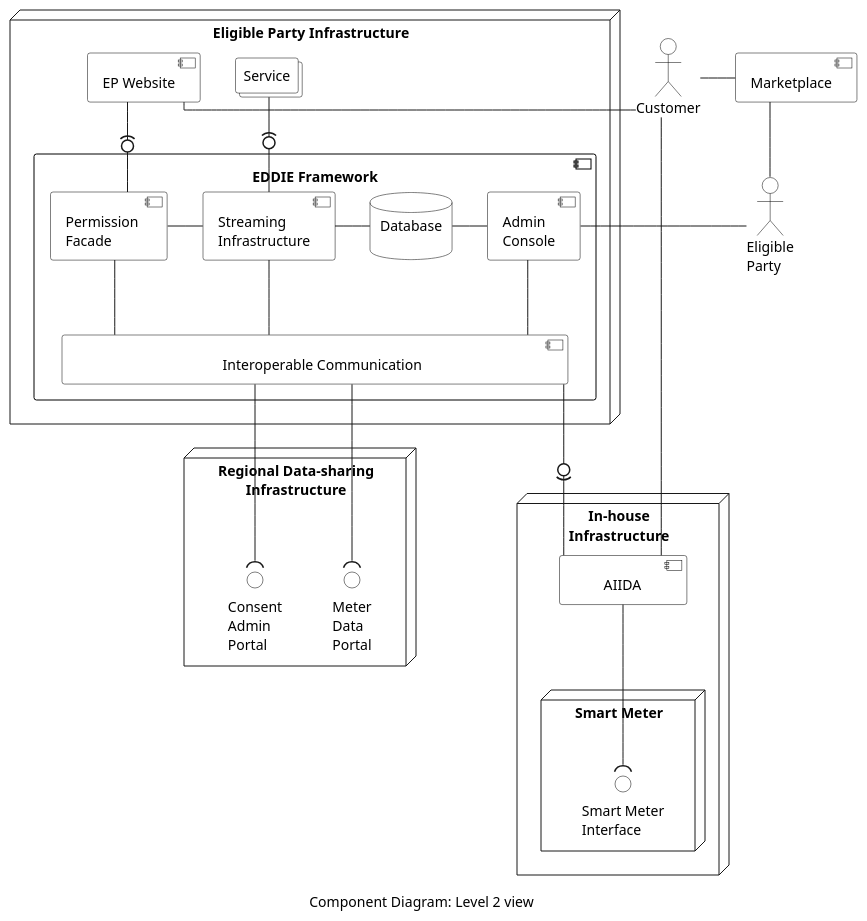
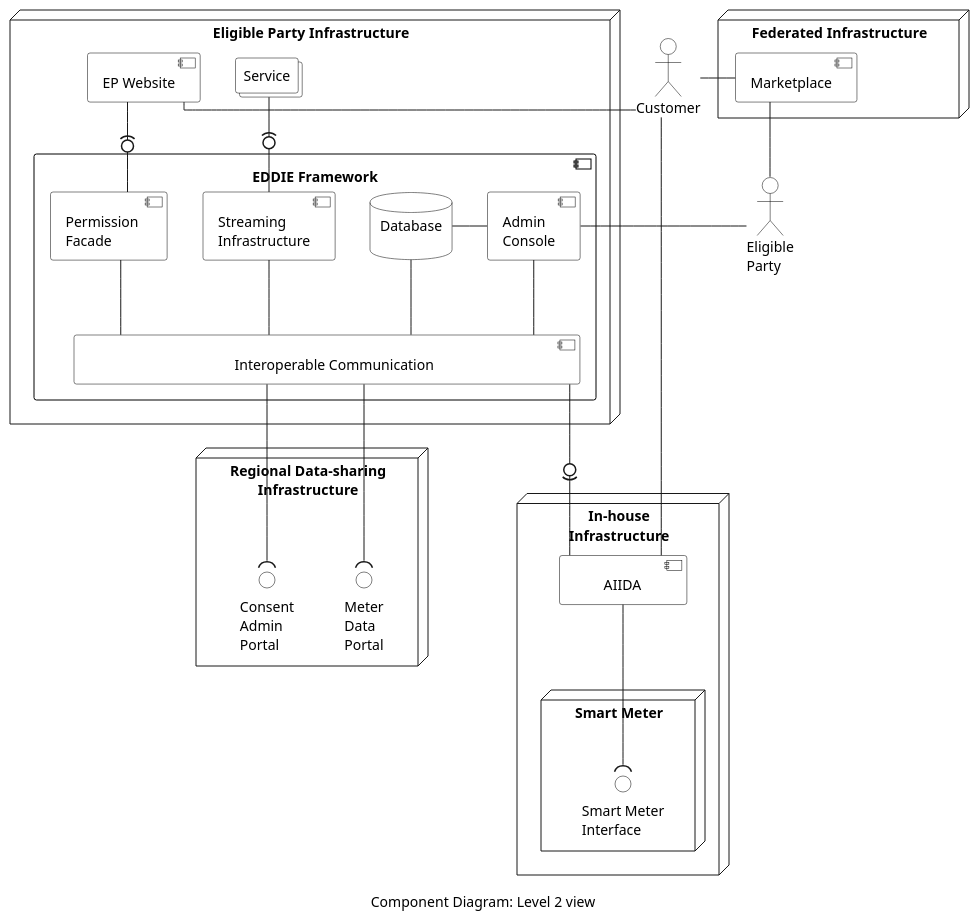
Before and after one commit to eddie-energy/architecture: the diagram in arc42/05-building-block-view/figures/component-diagram-level-2.puml, drawn with PlantUML. The commit also changed 20 other files, not shown here.

```diff
--- a/arc42/05-building-block-view/figures/component-diagram-level-2.puml
+++ b/arc42/05-building-block-view/figures/component-diagram-level-2.puml
@@ -1,89 +1,89 @@
 @startuml component-diagram-level-2
 'component diagram
 caption Component Diagram: Level 2 view
 
 skinparam linetype ortho
 skinparam interface {
   backgroundColor transparent
   borderColor black
 }
 skinparam component{
   BorderColor black
   BackgroundColor transparent
 }
 skinparam actor{
   BorderColor black
   BackgroundColor transparent
 }
 skinparam database{
   BorderColor black
   BackgroundColor transparent
 }
 skinparam collections{
   BorderColor black
   BackgroundColor white
 }
 skinparam rectangle{
   BorderColor transparent
   BackgroundColor transparent
   FontColor transparent
 }
 
 
 node "Eligible Party Infrastructure"  as epInfra{
   component "EDDIE Framework" {    
     component "Permission \nFacade" as consentFacade
     component "Streaming\nInfrastructure" as broker
     database "Database\n" as database
     component "Admin \nConsole" as adminConsole
     component "\t\t\t\t\tInteroperable Communication\t\t\t\t\t" as comm
   }
  
     component "EP Website" as ui
     collections "Service" as services
   
 
   ui -down(0- consentFacade
   ui -[hidden]right- services
-  consentFacade -right- broker
   consentFacade -down- comm
-  broker -right- database
+  database -down- comm
   broker -down- comm
   database -right-adminConsole
   broker -up0)- services
   adminConsole -down- comm
 
 }
 node "In-house\nInfrastructure" {
   component "\tAIIDA\t" as aiida
   node "Smart Meter" as meter {
       interface "Smart Meter\nInterface" as p1
   }
   aiida -down-( p1 
 }
 
 node "Regional Data-sharing\nInfrastructure" as energyProvider {
   interface "Meter\nData\nPortal" as dataPortal
   interface "Consent\nAdmin\nPortal" as adminPortal
 }
 
 actor "Customer" as consumer
 actor "Eligible\nParty" as ep
 
-component "Marketplace" as marketplace
+node "Federated Infrastructure"  as marketplaceNode {
+  component "Marketplace" as marketplace
+}
 
 consumer -right- marketplace
 marketplace -down- ep
-
 
 ep -left- adminConsole
 
 consumer -down- aiida
 consumer - ui
 
 comm -down-( dataPortal
 comm -down-( adminPortal
 
 aiida -up(0- comm
 
 @enduml
```
